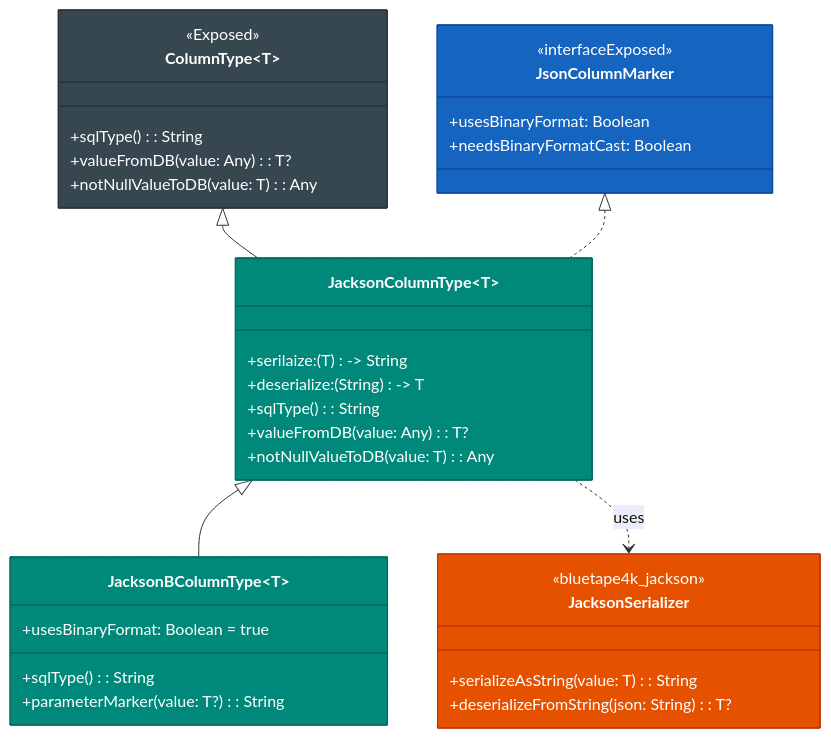
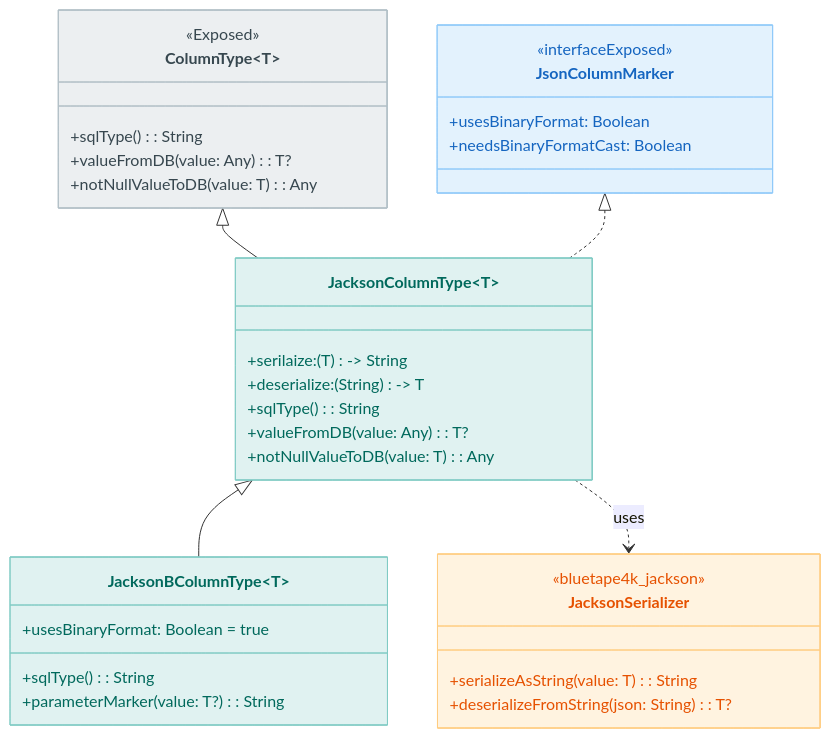
The second of 4 diagrams in data/exposed-jackson2/README.md (bluetape4k/bluetape4k-projects), drawn with Mermaid before and after one commit. The commit also changed other lines of this file and 219 other files, not shown here.

First line of the commit message:
docs: 전체 README Mermaid 다이어그램 가이드 적용

````diff
--- a/data/exposed-jackson2/README.md
+++ b/data/exposed-jackson2/README.md
@@ -141,44 +141,44 @@
 ```mermaid
 classDiagram
     class ColumnType~T~ {
         <<Exposed>>
         +sqlType(): String
         +valueFromDB(value: Any): T?
         +notNullValueToDB(value: T): Any
     }
     class JsonColumnMarker {
         <<interfaceExposed>>
         +usesBinaryFormat: Boolean
         +needsBinaryFormatCast: Boolean
     }
 
     class JacksonColumnType~T~ {
         +serilaize: (T) -> String
         +deserialize: (String) -> T
         +sqlType(): String
         +valueFromDB(value: Any): T?
         +notNullValueToDB(value: T): Any
     }
     class JacksonBColumnType~T~ {
         +usesBinaryFormat: Boolean = true
         +sqlType(): String
         +parameterMarker(value: T?): String
     }
 
     class JacksonSerializer {
         <<bluetape4k_jackson>>
         +serializeAsString(value: T): String
         +deserializeFromString(json: String): T?
     }
 
     ColumnType <|-- JacksonColumnType
     JsonColumnMarker <|.. JacksonColumnType
     JacksonColumnType <|-- JacksonBColumnType
     JacksonColumnType ..> JacksonSerializer : uses
 
-    style ColumnType fill:#37474F,stroke:#263238,color:#FFFFFF
-    style JsonColumnMarker fill:#1565C0,stroke:#0D47A1,color:#FFFFFF
-    style JacksonColumnType fill:#00897B,stroke:#00695C,color:#FFFFFF
-    style JacksonBColumnType fill:#00897B,stroke:#00695C,color:#FFFFFF
-    style JacksonSerializer fill:#E65100,stroke:#BF360C,color:#FFFFFF
+    style ColumnType fill:#ECEFF1,stroke:#B0BEC5,color:#37474F
+    style JsonColumnMarker fill:#E3F2FD,stroke:#90CAF9,color:#1565C0
+    style JacksonColumnType fill:#E0F2F1,stroke:#80CBC4,color:#00695C
+    style JacksonBColumnType fill:#E0F2F1,stroke:#80CBC4,color:#00695C
+    style JacksonSerializer fill:#FFF3E0,stroke:#FFCC80,color:#E65100
 ```
````
